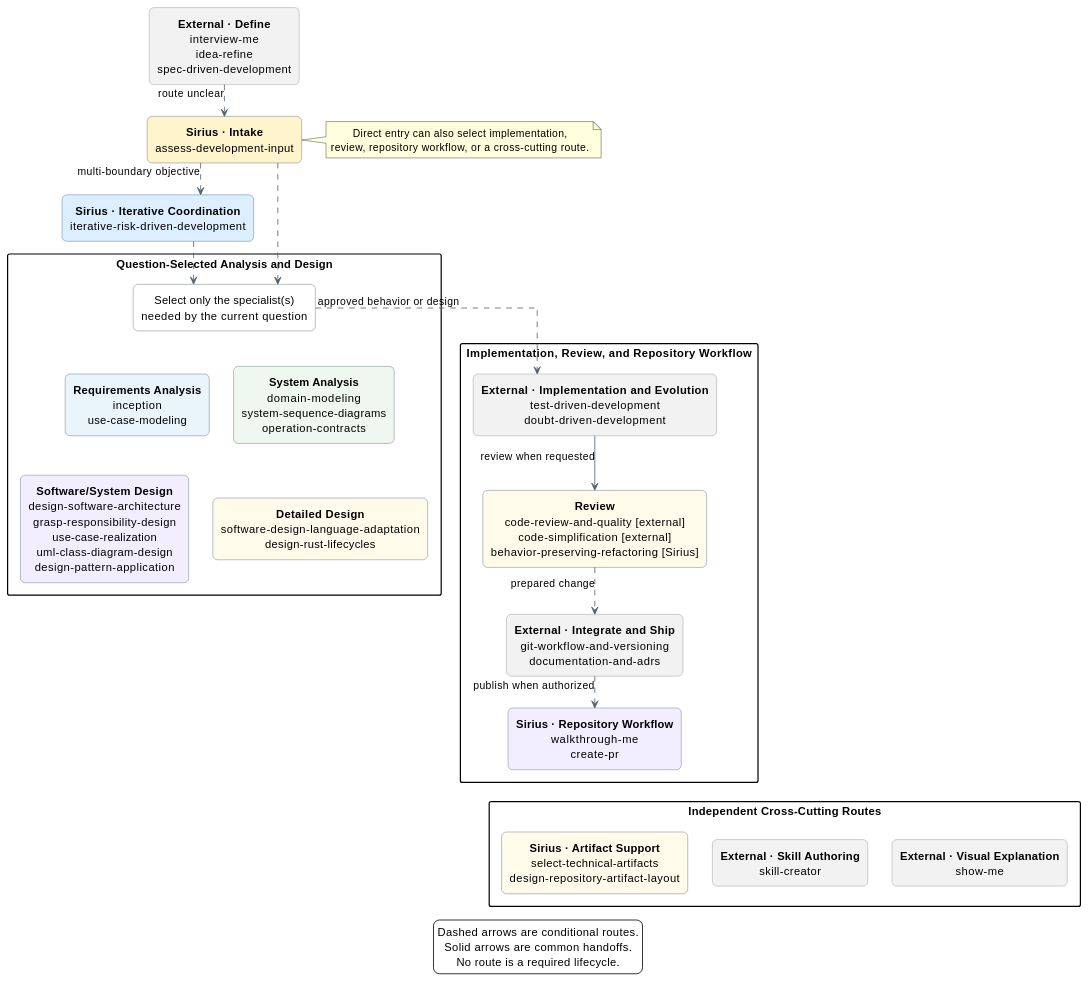
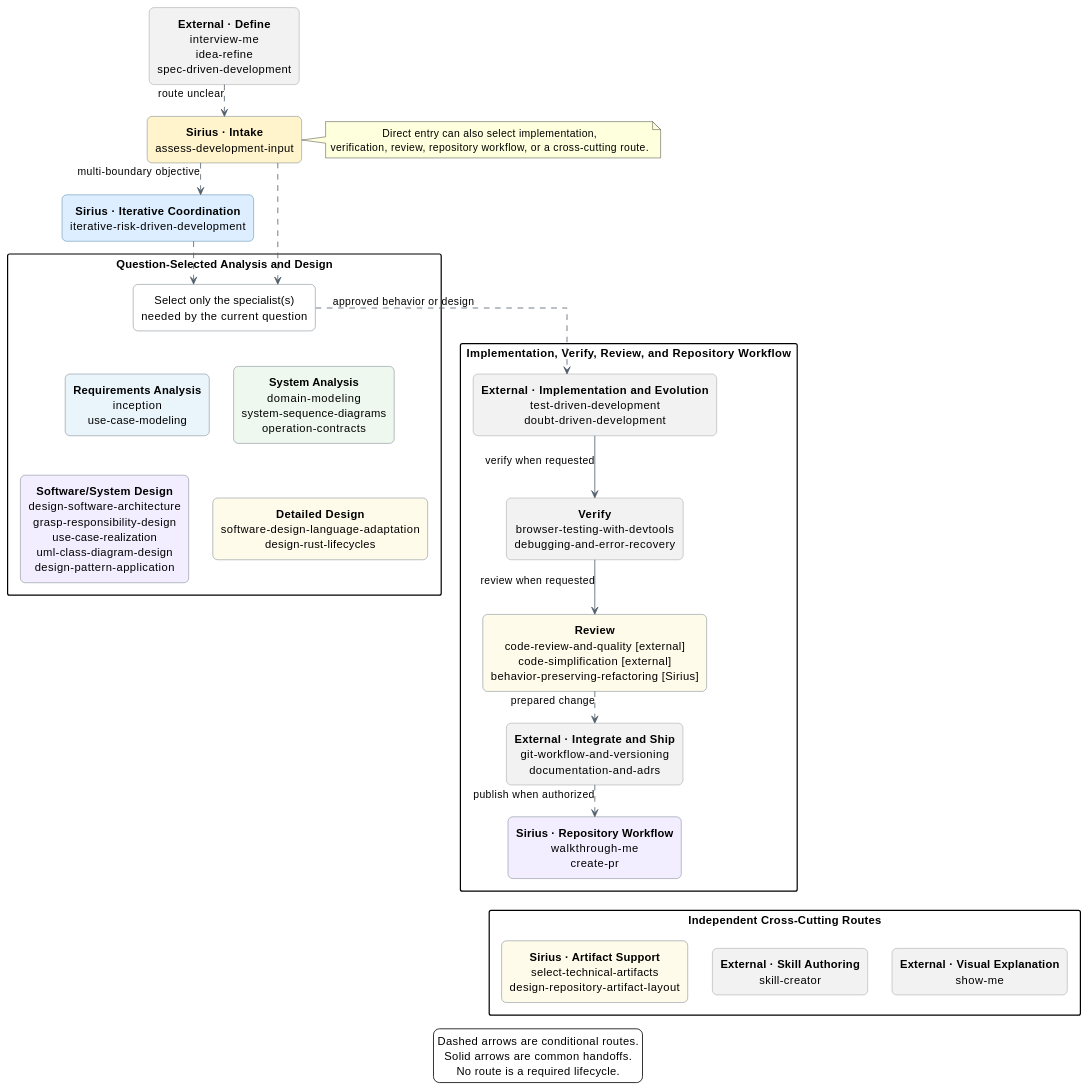
Before and after one commit to sirius-cc-wu/sirius-skills: the first of 4 diagrams in catalog/skill-relationships.md, drawn with PlantUML. The commit also changed other lines of this file and 10 other files, not shown here.

```diff
--- a/catalog/skill-relationships.md
+++ b/catalog/skill-relationships.md
@@ -57,7 +57,7 @@
 
 note right of assess
   Direct entry can also select implementation,
-  review, repository workflow, or a cross-cutting route.
+  verification, review, repository workflow, or a cross-cutting route.
 end note
 
 package "Question-Selected Analysis and Design" as analysis {
@@ -96,11 +96,16 @@
   softwareDesign -[hidden]right-> detailedDesign
 }
 
-package "Implementation, Review, and Repository Workflow" as delivery {
+package "Implementation, Verify, Review, and Repository Workflow" as delivery {
   rectangle implementation <<external>> [
   **External · Implementation and Evolution**
   test-driven-development
   doubt-driven-development
+  ]
+  rectangle verify <<external>> [
+  **Verify**
+  browser-testing-with-devtools
+  debugging-and-error-recovery
   ]
   rectangle review #FFFBEA [
   **Review**
@@ -119,7 +124,8 @@
   create-pr
   ]
 
-  implementation --> review : review when requested
+  implementation --> verify : verify when requested
+  verify --> review : review when requested
   review ..> integrate : prepared change
   integrate ..> repository : publish when authorized
 }
```
